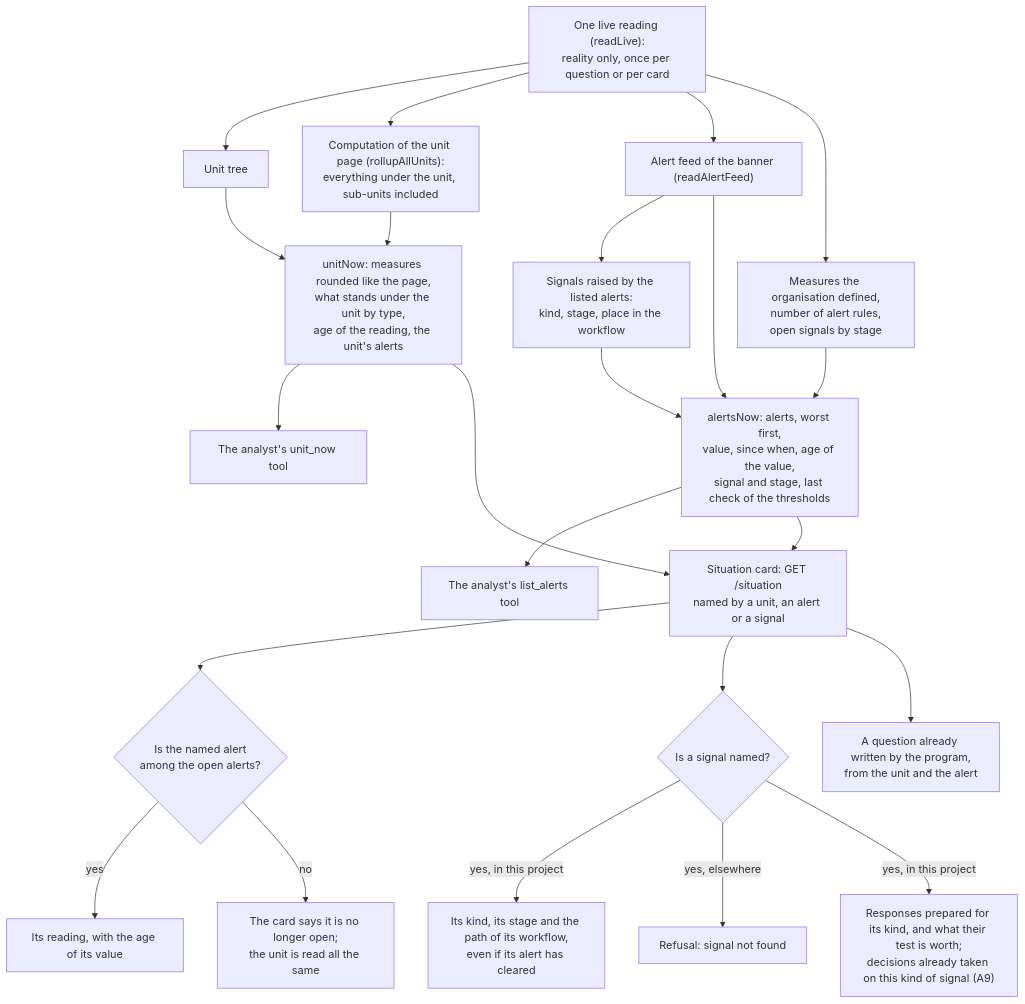
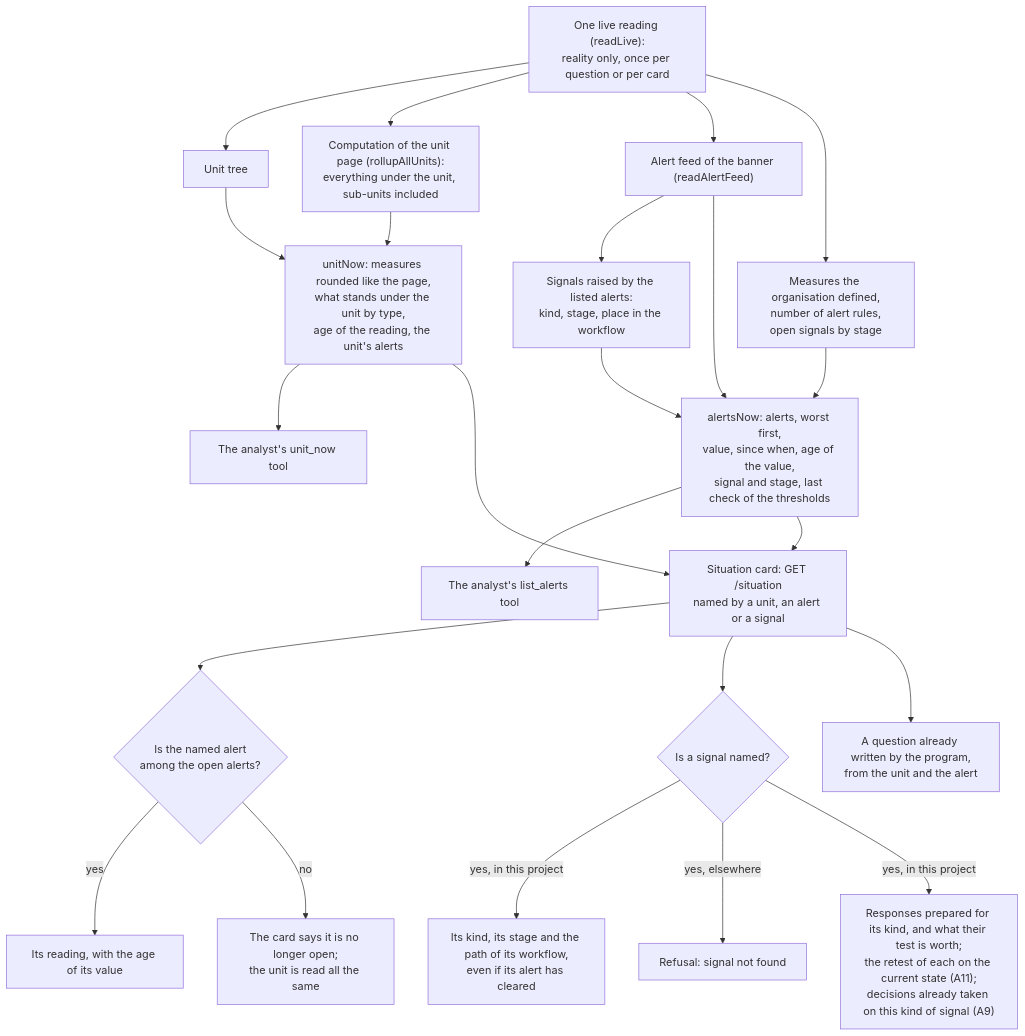
Diagram 33 of 33 in frontend/content/docs/product/algorithms.md (V1ktor7/obscyro), drawn with Mermaid before and after one commit. The commit also changed other lines of this file and 28 other files, not shown here.

````diff
--- a/frontend/content/docs/product/algorithms.md
+++ b/frontend/content/docs/product/algorithms.md
@@ -948,25 +1012,25 @@
 ```mermaid
 flowchart TD
     A["One live reading (readLive):<br/>reality only, once per question or per card"] --> B["Unit tree"]
     A --> C["Computation of the unit page (rollupAllUnits):<br/>everything under the unit, sub-units included"]
     A --> D["Alert feed of the banner (readAlertFeed)"]
     A --> E["Measures the organisation defined,<br/>number of alert rules,<br/>open signals by stage"]
     D --> F["Signals raised by the listed alerts:<br/>kind, stage, place in the workflow"]
     B --> G["unitNow: measures rounded like the page,<br/>what stands under the unit by type,<br/>age of the reading, the unit's alerts"]
     C --> G
     D --> H["alertsNow: alerts, worst first,<br/>value, since when, age of the value,<br/>signal and stage, last check of the thresholds"]
     E --> H
     F --> H
     G --> I["The analyst's unit_now tool"]
     H --> J["The analyst's list_alerts tool"]
     G --> K["Situation card: GET /situation<br/>named by a unit, an alert or a signal"]
     H --> K
     K --> L{"Is the named alert<br/>among the open alerts?"}
     L -->|"yes"| M["Its reading, with the age of its value"]
     L -->|"no"| N["The card says it is no longer open;<br/>the unit is read all the same"]
     K --> O{"Is a signal named?"}
     O -->|"yes, in this project"| P["Its kind, its stage and the path of its workflow,<br/>even if its alert has cleared"]
     O -->|"yes, elsewhere"| Q["Refusal: signal not found"]
     K --> R["A question already written by the program,<br/>from the unit and the alert"]
-    O -->|"yes, in this project"| S["Responses prepared for its kind, and what their test is worth;<br/>decisions already taken on this kind of signal (A9)"]
+    O -->|"yes, in this project"| S["Responses prepared for its kind, and what their test is worth;<br/>the retest of each on the current state (A11);<br/>decisions already taken on this kind of signal (A9)"]
 ```
````
